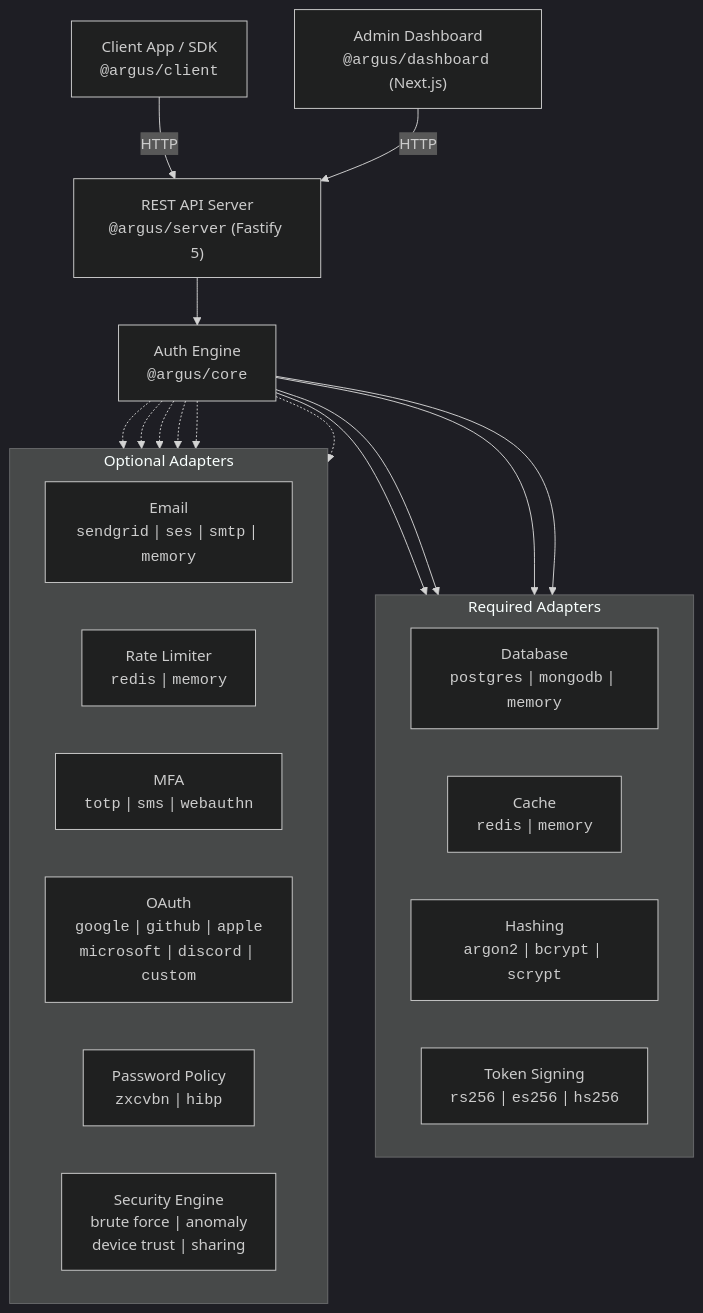
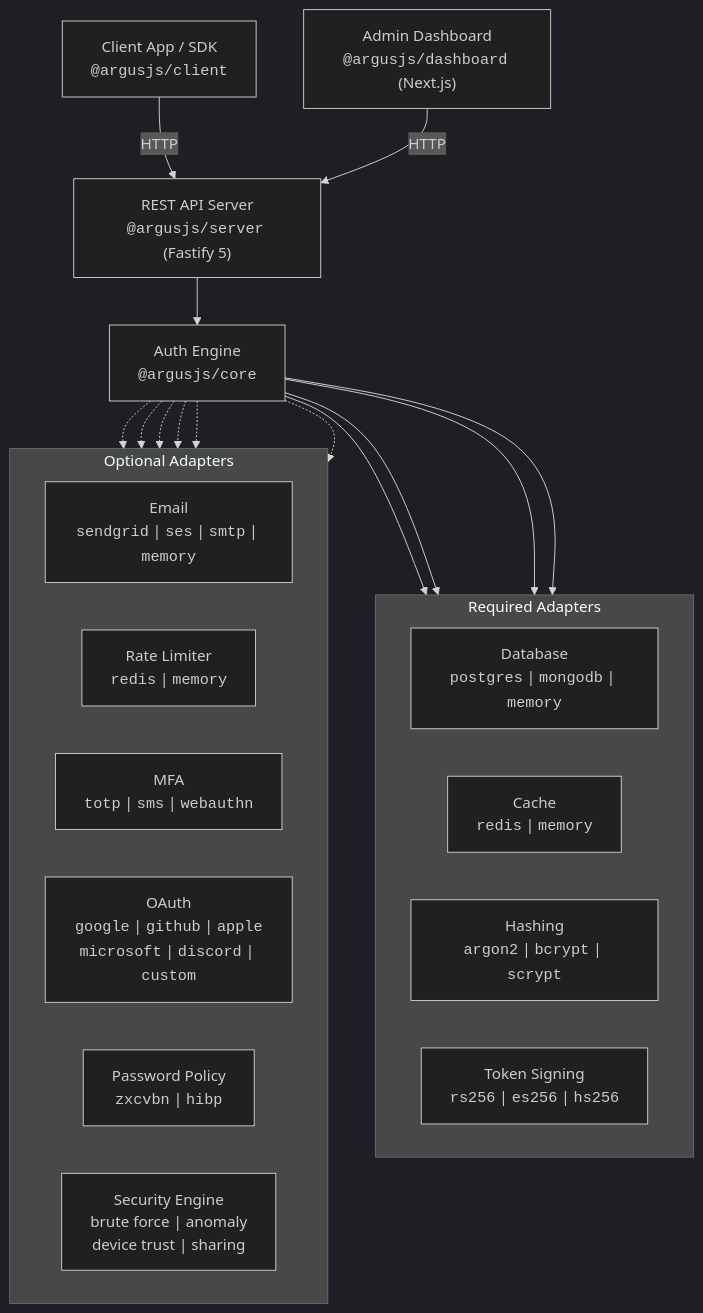
Before and after one commit to ayush-jadaun/argusJs: the diagram in README.md, drawn with Mermaid (dark theme). The commit also changed other lines of this file and 113 other files, not shown here.

Commit message:
chore: rename npm scope from @argus to @argusjs (scope availability)

````diff
--- a/README.md
+++ b/README.md
@@ -110,39 +110,39 @@
 ```mermaid
 graph TB
-    Client["Client App / SDK<br/><code>@argus/client</code>"]
-    Dashboard["Admin Dashboard<br/><code>@argus/dashboard</code> (Next.js)"]
-    Server["REST API Server<br/><code>@argus/server</code> (Fastify 5)"]
-    Core["Auth Engine<br/><code>@argus/core</code>"]
+    Client["Client App / SDK<br/><code>@argusjs/client</code>"]
+    Dashboard["Admin Dashboard<br/><code>@argusjs/dashboard</code> (Next.js)"]
+    Server["REST API Server<br/><code>@argusjs/server</code> (Fastify 5)"]
+    Core["Auth Engine<br/><code>@argusjs/core</code>"]
 
     subgraph "Required Adapters"
         direction LR
         DB["Database<br/><code>postgres</code> | <code>mongodb</code> | <code>memory</code>"]
         Cache["Cache<br/><code>redis</code> | <code>memory</code>"]
         Hash["Hashing<br/><code>argon2</code> | <code>bcrypt</code> | <code>scrypt</code>"]
         Token["Token Signing<br/><code>rs256</code> | <code>es256</code> | <code>hs256</code>"]
     end
 
     subgraph "Optional Adapters"
         direction LR
         Email["Email<br/><code>sendgrid</code> | <code>ses</code> | <code>smtp</code> | <code>memory</code>"]
         RL["Rate Limiter<br/><code>redis</code> | <code>memory</code>"]
         MFA["MFA<br/><code>totp</code> | <code>sms</code> | <code>webauthn</code>"]
         OAuth["OAuth<br/><code>google</code> | <code>github</code> | <code>apple</code><br/><code>microsoft</code> | <code>discord</code> | <code>custom</code>"]
         Policy["Password Policy<br/><code>zxcvbn</code> | <code>hibp</code>"]
         Security["Security Engine<br/>brute force | anomaly<br/>device trust | sharing"]
     end
 
     Client -->|HTTP| Server
     Dashboard -->|HTTP| Server
     Server --> Core
     Core --> DB
     Core --> Cache
     Core --> Hash
     Core --> Token
     Core -.-> Email
     Core -.-> RL
     Core -.-> MFA
     Core -.-> OAuth
     Core -.-> Policy
     Core -.-> Security
 ```
````
